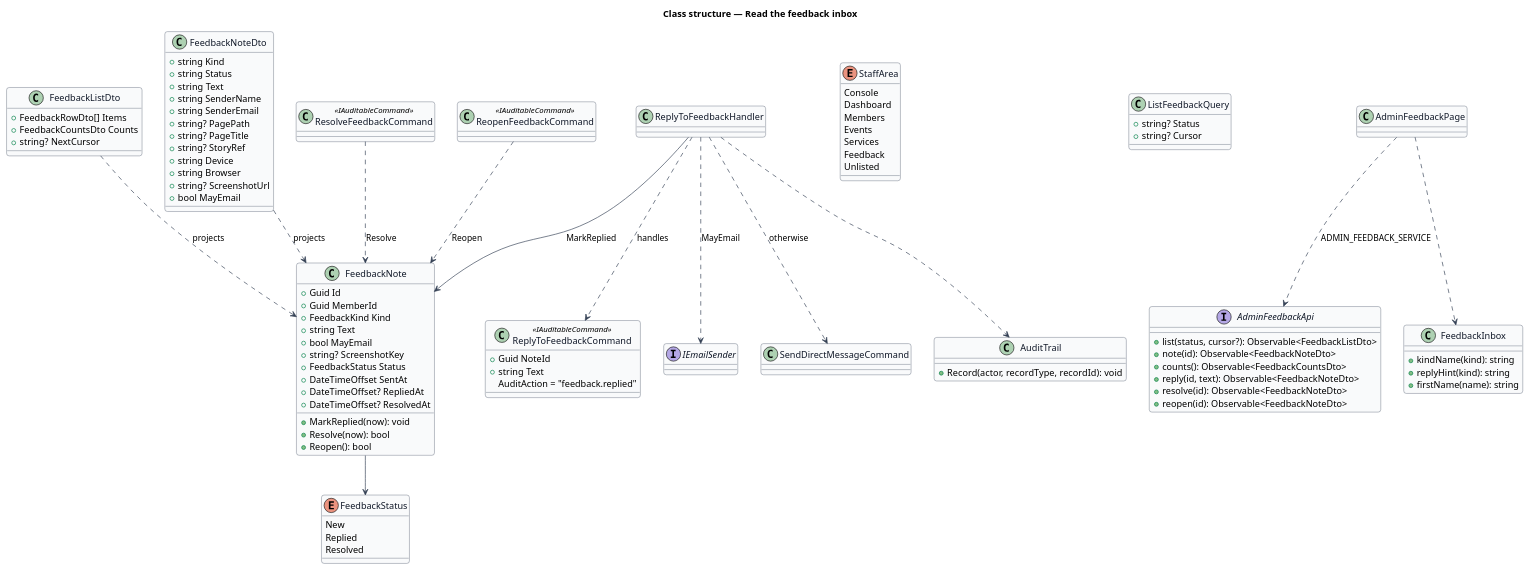
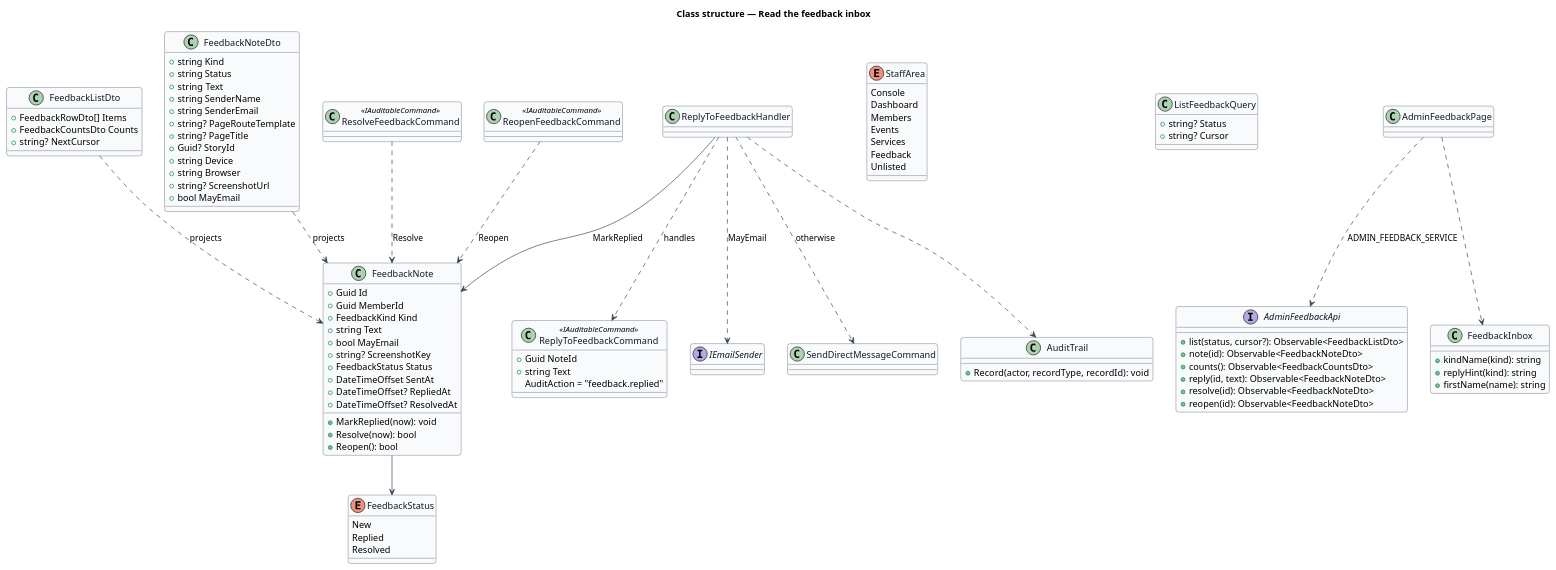
The diagram in docs/detailed-designs/feedback/read-feedback-inbox/diagrams/class.puml (QuinntyneBrown/christian-fitness), drawn with PlantUML before and after one commit. The commit also changed 25 other files, not shown here.

```diff
--- a/docs/detailed-designs/feedback/read-feedback-inbox/diagrams/class.puml
+++ b/docs/detailed-designs/feedback/read-feedback-inbox/diagrams/class.puml
@@ -1,105 +1,105 @@
 @startuml
 skinparam backgroundColor #FFFFFF
 skinparam shadowing false
 skinparam roundcorner 8
 skinparam defaultFontName Arial
 skinparam ArrowColor #344054
 skinparam class {
   BorderColor #344054
   FontColor #101828
   BackgroundColor #F9FAFB
 }
 title Class structure — Read the feedback inbox
 
 enum FeedbackStatus {
   New
   Replied
   Resolved
 }
 enum StaffArea {
   Console
   Dashboard
   Members
   Events
   Services
   Feedback
   Unlisted
 }
 class FeedbackNote {
   +Guid Id
   +Guid MemberId
   +FeedbackKind Kind
   +string Text
   +bool MayEmail
   +string? ScreenshotKey
   +FeedbackStatus Status
   +DateTimeOffset SentAt
   +DateTimeOffset? RepliedAt
   +DateTimeOffset? ResolvedAt
   +MarkReplied(now): void
   +Resolve(now): bool
   +Reopen(): bool
 }
 class ListFeedbackQuery {
   +string? Status
   +string? Cursor
 }
 class FeedbackListDto {
   +FeedbackRowDto[] Items
   +FeedbackCountsDto Counts
   +string? NextCursor
 }
 class FeedbackNoteDto {
   +string Kind
   +string Status
   +string Text
   +string SenderName
   +string SenderEmail
-  +string? PagePath
+  +string? PageRouteTemplate
   +string? PageTitle
-  +string? StoryRef
+  +Guid? StoryId
   +string Device
   +string Browser
   +string? ScreenshotUrl
   +bool MayEmail
 }
 class ReplyToFeedbackCommand <<IAuditableCommand>> {
   +Guid NoteId
   +string Text
   AuditAction = "feedback.replied"
 }
 class ResolveFeedbackCommand <<IAuditableCommand>>
 class ReopenFeedbackCommand <<IAuditableCommand>>
 class ReplyToFeedbackHandler
 interface IEmailSender
 class SendDirectMessageCommand
 class AuditTrail {
   +Record(actor, recordType, recordId): void
 }
 interface AdminFeedbackApi {
   +list(status, cursor?): Observable<FeedbackListDto>
   +note(id): Observable<FeedbackNoteDto>
   +counts(): Observable<FeedbackCountsDto>
   +reply(id, text): Observable<FeedbackNoteDto>
   +resolve(id): Observable<FeedbackNoteDto>
   +reopen(id): Observable<FeedbackNoteDto>
 }
 class AdminFeedbackPage
 class FeedbackInbox {
   +kindName(kind): string
   +replyHint(kind): string
   +firstName(name): string
 }
 FeedbackNote --> FeedbackStatus
 ReplyToFeedbackHandler ..> ReplyToFeedbackCommand : handles
 ReplyToFeedbackHandler --> FeedbackNote : MarkReplied
 ReplyToFeedbackHandler ..> IEmailSender : MayEmail
 ReplyToFeedbackHandler ..> SendDirectMessageCommand : otherwise
 ReplyToFeedbackHandler ..> AuditTrail
 ResolveFeedbackCommand ..> FeedbackNote : Resolve
 ReopenFeedbackCommand ..> FeedbackNote : Reopen
 FeedbackListDto ..> FeedbackNote : projects
 FeedbackNoteDto ..> FeedbackNote : projects
 AdminFeedbackPage ..> AdminFeedbackApi : ADMIN_FEEDBACK_SERVICE
 AdminFeedbackPage ..> FeedbackInbox
 @enduml
```
